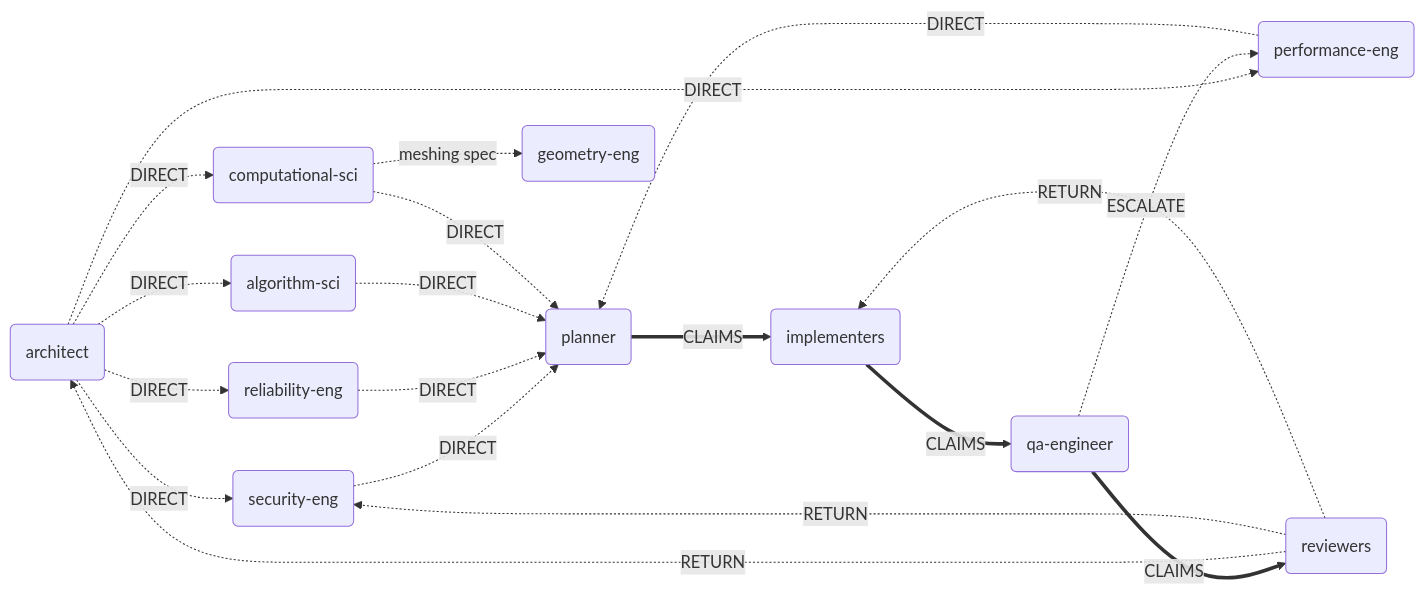
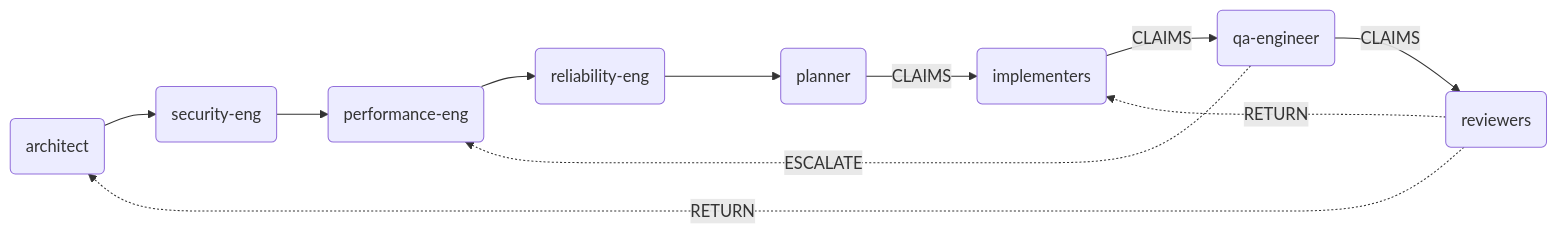
Before and after one commit to applicate2628/Orchestrarium: the third of 6 diagrams in references/operating-model-diagram.md, drawn with Mermaid. The commit also changed other lines of this file and 1 other file, not shown here.

First line of the commit message:
Add no-mechanical-application rule, fix diagram for Codex sequential model

````diff
--- a/references/operating-model-diagram.md
+++ b/references/operating-model-diagram.md
@@ -46,21 +55,16 @@
 ```mermaid
 flowchart LR
-    AR("architect") -. "DIRECT" .-> SE("security-eng")
-    AR -. "DIRECT" .-> PE("performance-eng")
-    AR -. "DIRECT" .-> RE("reliability-eng")
-    AR -. "DIRECT" .-> AS("algorithm-sci")
-    AR -. "DIRECT" .-> CS("computational-sci")
+    AR("architect") --> SE("security-eng")
+    SE --> PE("performance-eng")
+    PE --> RE("reliability-eng")
 
-    SE & PE & RE & AS & CS -. "DIRECT" .-> PL("planner")
+    RE --> PL("planner")
 
-    PL ==>|"CLAIMS"| IM("implementers")
-    IM ==>|"CLAIMS"| QA("qa-engineer")
-    QA ==>|"CLAIMS"| RV("reviewers")
+    PL -->|"CLAIMS"| IM("implementers")
+    IM -->|"CLAIMS"| QA("qa-engineer")
+    QA -->|"CLAIMS"| RV("reviewers")
 
     QA -. "ESCALATE" .-> PE
     RV -. "RETURN" .-> AR
-    RV -. "RETURN" .-> SE
     RV -. "RETURN" .-> IM
-
-    CS -. "meshing spec" .-> GE("geometry-eng")
 ```
````
